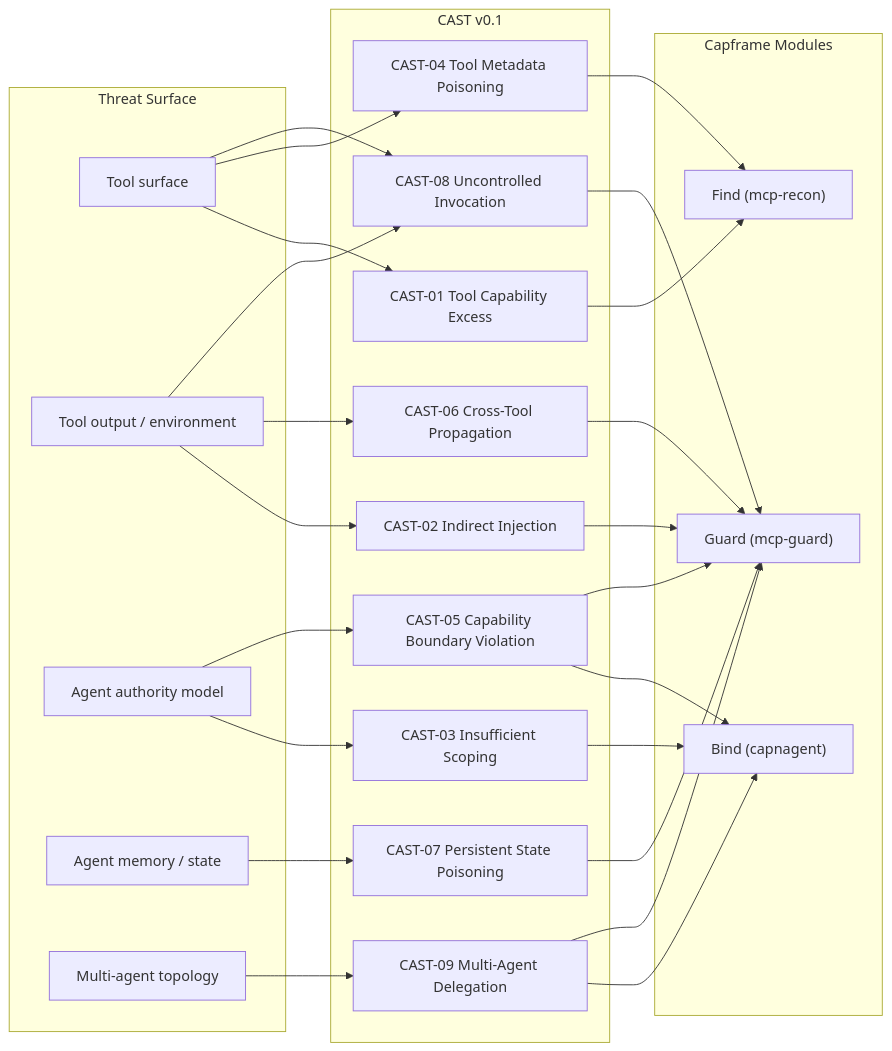
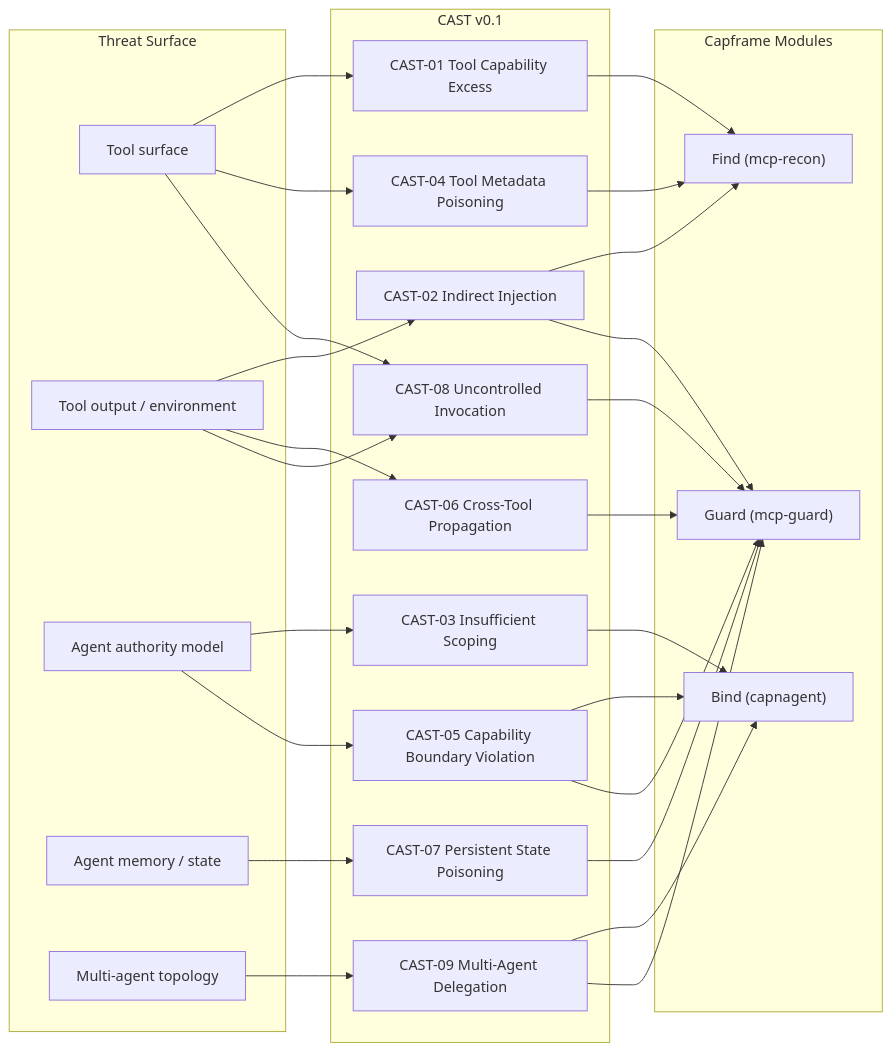
Before and after one commit to capframe/capframe: the diagram in CAST.md, drawn with Mermaid. The commit also changed other lines of this file, not shown here.

````diff
--- a/CAST.md
+++ b/CAST.md
@@ -200,47 +200,48 @@
 ```mermaid
 flowchart LR
     subgraph Threats["Threat Surface"]
         T1["Tool surface"]
         T2["Tool output / environment"]
         T3["Agent authority model"]
         T4["Agent memory / state"]
         T5["Multi-agent topology"]
     end
 
     subgraph CAST["CAST v0.1"]
         C01["CAST-01 Tool Capability Excess"]
         C02["CAST-02 Indirect Injection"]
         C03["CAST-03 Insufficient Scoping"]
         C04["CAST-04 Tool Metadata Poisoning"]
         C05["CAST-05 Capability Boundary Violation"]
         C06["CAST-06 Cross-Tool Propagation"]
         C07["CAST-07 Persistent State Poisoning"]
         C08["CAST-08 Uncontrolled Invocation"]
         C09["CAST-09 Multi-Agent Delegation"]
     end
 
     subgraph Capframe["Capframe Modules"]
         Find["Find (mcp-recon)"]
         Bind["Bind (capnagent)"]
         Guard["Guard (mcp-guard)"]
     end
 
     T1 --> C01 & C04
     T2 --> C02 & C06
     T3 --> C03 & C05
     T4 --> C07
     T1 & T2 --> C08
     T5 --> C09
 
     C01 --> Find
+    C02 --> Find
     C04 --> Find
     C03 --> Bind
     C05 --> Bind
     C09 --> Bind
     C02 --> Guard
     C05 --> Guard
     C06 --> Guard
     C07 --> Guard
     C08 --> Guard
     C09 --> Guard
 ```
````
